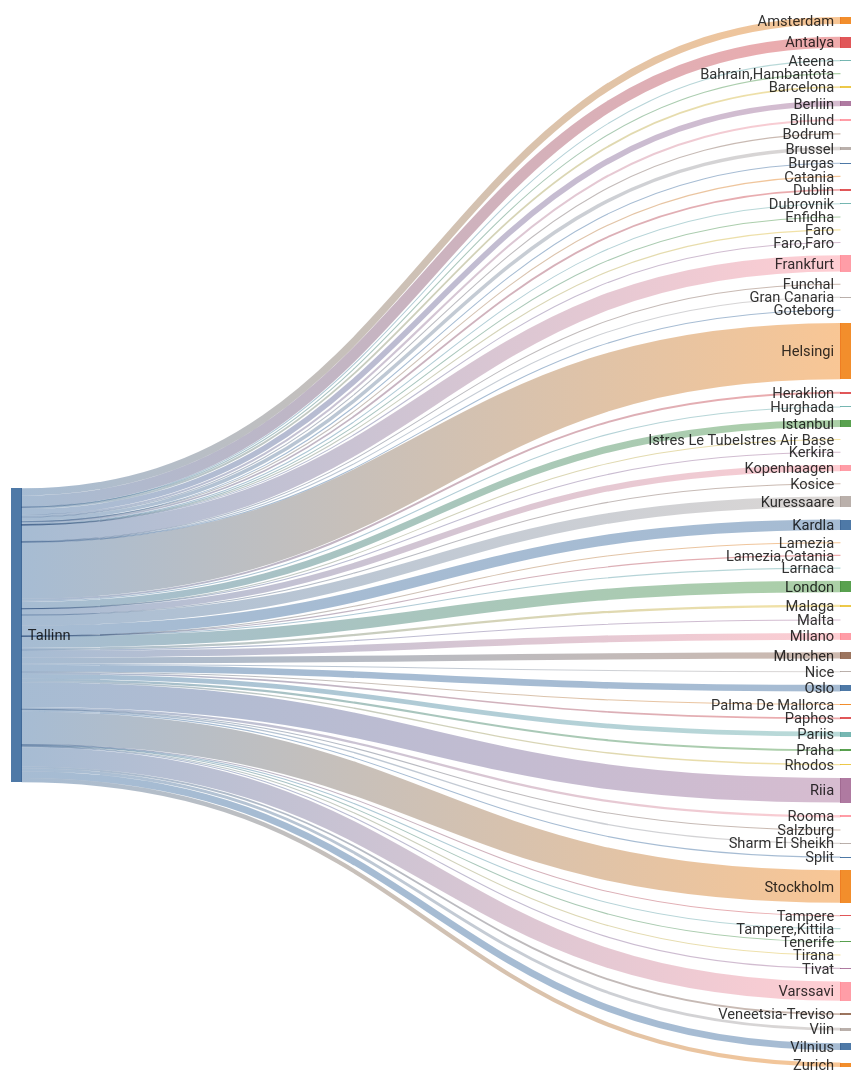
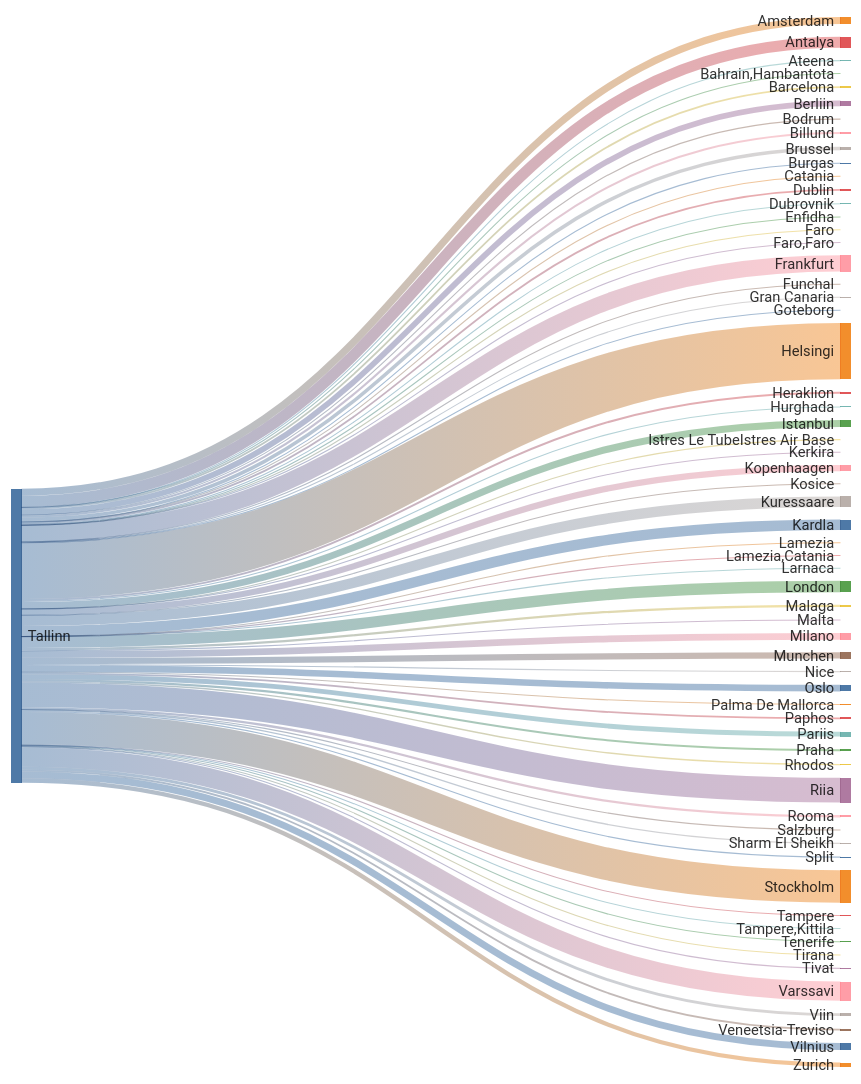
One commit to rainermesi/tll-airport-departures changed the second of 2 diagrams in README.md. Above: the diagram before and after it, drawn with Mermaid. The commit also changed other lines of this file, not shown here.

````diff
--- a/README.md
+++ b/README.md
@@ -34,74 +34,74 @@
 ```mermaid
 ---
 config:
   sankey:
     showValues: false
     width: 800
     height: 1000
 ---
 sankey-beta
 %% source,target,value
-Tallinn,Amsterdam,167
-Tallinn,Antalya,256
+Tallinn,Amsterdam,168
+Tallinn,Antalya,257
 Tallinn,Ateena,16
 Tallinn,"Bahrain,Hambantota",1
 Tallinn,Barcelona,42
-Tallinn,Berliin,132
+Tallinn,Berliin,133
 Tallinn,Billund,49
 Tallinn,Bodrum,11
-Tallinn,Brussel,82
+Tallinn,Brussel,83
 Tallinn,Burgas,21
 Tallinn,Catania,2
-Tallinn,Dublin,41
+Tallinn,Dublin,42
 Tallinn,Dubrovnik,21
 Tallinn,Enfidha,7
 Tallinn,Faro,4
 Tallinn,"Faro,Faro",1
-Tallinn,Frankfurt,381
+Tallinn,Frankfurt,384
 Tallinn,Funchal,5
 Tallinn,Gran Canaria,17
 Tallinn,Goteborg,1
-Tallinn,Helsingi,1310
+Tallinn,Helsingi,1318
 Tallinn,Heraklion,46
 Tallinn,Hurghada,24
-Tallinn,Istanbul,160
+Tallinn,Istanbul,162
 Tallinn,Istres Le TubeIstres Air Base,2
 Tallinn,Kerkira,4
-Tallinn,Kopenhaagen,143
+Tallinn,Kopenhaagen,144
 Tallinn,Kosice,1
-Tallinn,Kuressaare,245
-Tallinn,Kardla,245
+Tallinn,Kuressaare,247
+Tallinn,Kardla,247
 Tallinn,Lamezia,1
 Tallinn,"Lamezia,Catania",3
 Tallinn,Larnaca,4
-Tallinn,London,264
+Tallinn,London,265
 Tallinn,Malaga,53
 Tallinn,Malta,15
-Tallinn,Milano,159
+Tallinn,Milano,160
 Tallinn,Munchen,145
 Tallinn,Nice,25
-Tallinn,Oslo,154
+Tallinn,Oslo,155
 Tallinn,Palma De Mallorca,19
-Tallinn,Paphos,40
-Tallinn,Pariis,112
+Tallinn,Paphos,41
+Tallinn,Pariis,113
 Tallinn,Praha,49
 Tallinn,Rhodos,32
-Tallinn,Riia,573
+Tallinn,Riia,577
 Tallinn,Rooma,54
 Tallinn,Salzburg,1
 Tallinn,Sharm El Sheikh,31
 Tallinn,Split,25
-Tallinn,Stockholm,754
+Tallinn,Stockholm,758
 Tallinn,Tampere,17
 Tallinn,"Tampere,Kittila",1
-Tallinn,Tenerife,24
+Tallinn,Tenerife,25
 Tallinn,Tirana,8
 Tallinn,Tivat,26
-Tallinn,Varssavi,445
+Tallinn,Varssavi,448
 Tallinn,Veneetsia-Treviso,42
-Tallinn,Viin,66
-Tallinn,Vilnius,160
-Tallinn,Zurich,100
+Tallinn,Viin,67
+Tallinn,Vilnius,161
+Tallinn,Zurich,101
 
 
 ```
````
